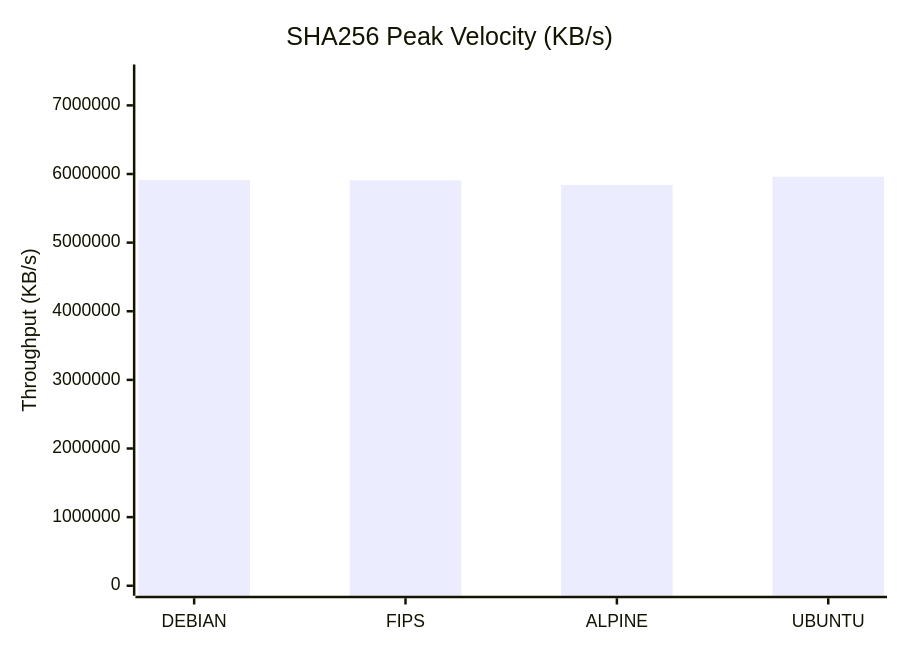
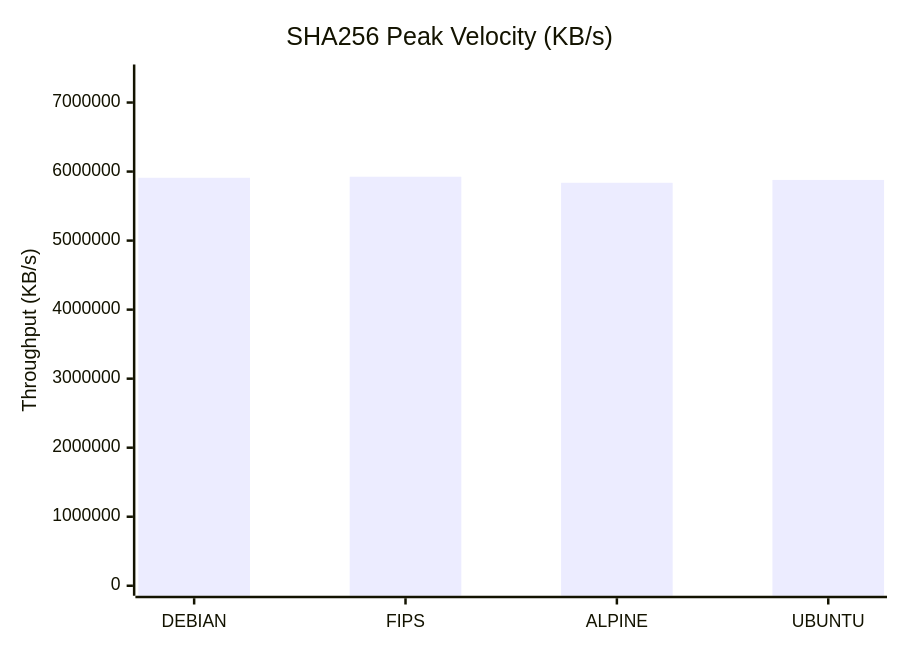
One commit to taha2samy/openssl_fips changed the second of 9 diagrams in docs/Comparison_Report.md. Above: the diagram before and after it, drawn with Mermaid. The commit also changed other lines of this file and 3 other files, not shown here.

````diff
--- a/docs/Comparison_Report.md
+++ b/docs/Comparison_Report.md
@@ -65,7 +65,7 @@
 ```mermaid
 xychart-beta
     title "SHA256 Peak Velocity (KB/s)"
     x-axis [DEBIAN, FIPS, ALPINE, UBUNTU]
-    y-axis "Throughput (KB/s)" 0 --> 7450019
-    bar [5910511.62, 5906825.22, 5839675.39, 5960015.87]
+    y-axis "Throughput (KB/s)" 0 --> 7406172
+    bar [5909864.45, 5924937.73, 5837316.1, 5879054.34]
 ```
````
